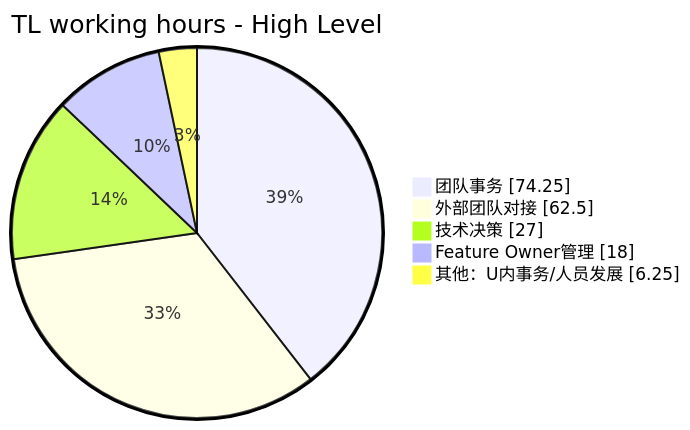
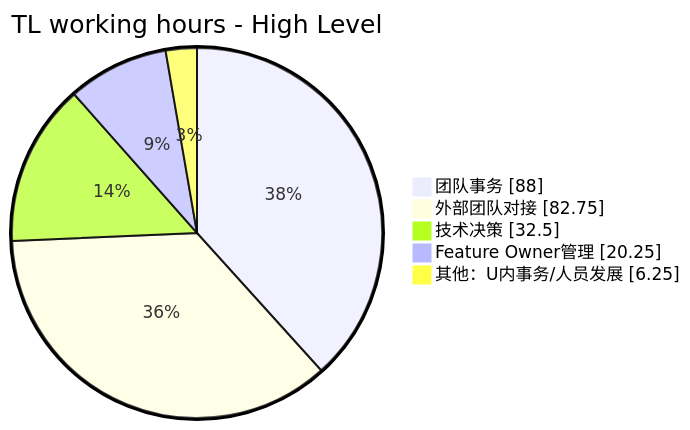
Before and after one commit to EthanLin-TWer/blog: the second of 3 diagrams in _posts/2023-08-05-my-tech-lead-journey-iv.md, drawn with Mermaid. The commit also changed other lines of this file, not shown here.

````diff
--- a/_posts/2023-08-05-my-tech-lead-journey-iv.md
+++ b/_posts/2023-08-05-my-tech-lead-journey-iv.md
@@ -135,9 +135,9 @@
 ```mermaid
 %%{init: {"pie": {"textPosition": 0.5, "useWidth": 960}, "themeVariables": {"pieOuterStrokeWidth": "3px"}} }%%
 pie showData title TL working hours - High Level
-  "团队事务": 74.25
-  "外部团队对接": 62.5
-  "技术决策": 27
-  "Feature Owner管理": 18
+  "团队事务": 88
+  "外部团队对接": 82.75
+  "技术决策": 32.5
+  "Feature Owner管理": 20.25
   "其他：U内事务/人员发展": 6.25
 ```
````
